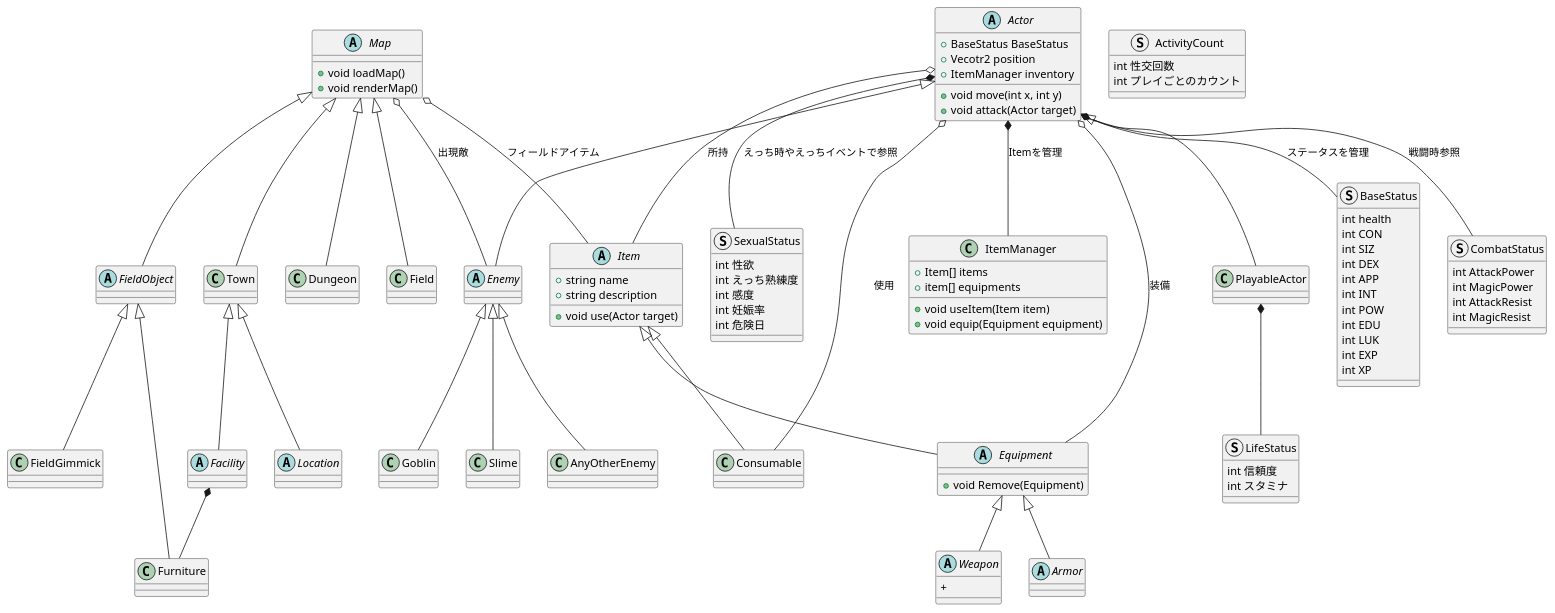
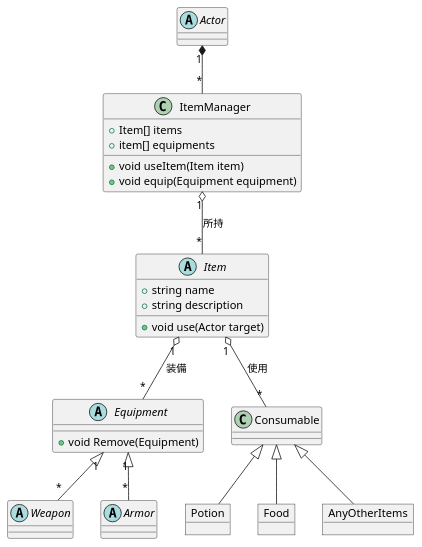
One commit to Yocchi3191/bokensya-chan changed the fourth of 7 diagrams in Documents/SystemDesign.pu. Above: the diagram before and after it, drawn with PlantUML. The commit also changed other lines of this file and 14 other files, not shown here.

```diff
--- a/Documents/SystemDesign.pu
+++ b/Documents/SystemDesign.pu
@@ -1,165 +120,55 @@
-@startuml
+@startuml Item
 ' ==============================
-' クラス
+' アイテム関連
 ' ==============================
-' ------------------------------
-' プレイヤーと敵
-' ------------------------------
-abstract Actor{
-	+ BaseStatus BaseStatus
-	+ Vecotr2 position
-	+ ItemManager inventory
-	+ void move(int x, int y)
-	+ void attack(Actor target)
-}
-class PlayableActor{
-}
-abstract Enemy{}
-' --- 基礎ステータス ---
-struct BaseStatus{
-	int health
-	' TRPGっぽいステータス構成
-	' 体力
-	int CON
-	' 体格
-	int SIZ
-	' 敏捷
-	int DEX
-	' 魅力
-	int APP
-	' 知力
-	int INT
-	' 精神力
-	int POW
-	' 教養
-	int EDU
-	' 幸運
-	int LUK
-	' 自分が持ってる経験値
-	int EXP
-	' 倒した相手に与える経験値
-	int XP
-}
-' --- 戦闘ステータス ---
-struct CombatStatus{
-	int AttackPower
-	int MagicPower
-	int AttackResist
-	int MagicResist
-}
-' --- 生活ステータス ---
-struct LifeStatus{
-	int 信頼度
-	int スタミナ
-}
-' --- エロステ ---
-struct SexualStatus{
-	int 性欲
-	int えっち熟練度
-	int 感度
-	int 妊娠率
-	int 危険日
-}
-struct ActivityCount{
-	int 性交回数
-	int プレイごとのカウント
-}
-
-' ------------------------------
-' アイテム
-' ------------------------------
 class ItemManager{
 	+ Item[] items
 	+ item[] equipments
 	+ void useItem(Item item)
 	+ void equip(Equipment equipment)
 }
 abstract Item{
 	+ string name
 	+ string description
 	+ void use(Actor target)
 }
 abstract Equipment{
 	+ void Remove(Equipment)
 }
 ' 着脱機能
 ' 呪いの装備とかは「何もしないRemove」で実装する
-abstract Weapon{
-	+
-}
-abstract Armor{}
-
-' ------------------------------
-' ワールド
-' ------------------------------
-abstract Map{
-	+ void loadMap()
-	+ void renderMap()
-}
-abstract FieldObject{}
-abstract Facility{}
-abstract Location{}
-
-' ==============================
-' 関係
-' ==============================
-' ------------------------------
-' Actor
-' ------------------------------
-Actor <|-- PlayableActor
-Actor <|-- Enemy
-Actor *-- ItemManager : Itemを管理
-Actor *-- BaseStatus : ステータスを管理
-Actor *-- CombatStatus : 戦闘時参照
-Actor *-- SexualStatus : えっち時やえっちイベントで参照
-PlayableActor *-- LifeStatus
-
-' ------------------------------
-' Enemy
-' ------------------------------
-Enemy <|-- Goblin
-Enemy <|-- Slime
-Enemy <|-- AnyOtherEnemy
-
-' ------------------------------
-' Map
-' ------------------------------
-Map <|-- Town
-Map <|-- Dungeon
-Map <|-- Field
-Map <|-- FieldObject
-' --- Mapと他のクラス ---
-Map o-- Enemy : 出現敵
-Map o-- Item : フィールドアイテム
-
-' ------------------------------
-' FieldObject
-' ------------------------------
-FieldObject <|-- FieldGimmick
-FieldObject <|-- Furniture
-
-' ------------------------------
-' Town
-' ------------------------------
-Town <|-- Location
-Town <|-- Facility
-' --- 屋内 ---
-Facility *-- Furniture
+abstract Weapon
+abstract Armor
+abstract Actor
 
 ' ------------------------------
 ' Item
 ' ------------------------------
-Item <|-- Equipment
-Item <|-- Consumable
-' --- Equipment ---
-Equipment <|-- Weapon
-Equipment <|-- Armor
+Item "1" o-- "*" Equipment : 装備
+Item "1" o-- "*" Consumable : 使用
 
 ' ------------------------------
-' Actor
+' Equipment
 ' ------------------------------
-Actor o-- Item : 所持
-Actor o-- Equipment : 装備
-Actor o-- Consumable : 使用
+Equipment "1" <|-- "*" Weapon
+Equipment "1" <|-- "*" Armor
+
+Actor "1" *-- "*" ItemManager
+
+' ------------------------------
+' ItemManagerとItem
+' ------------------------------
+ItemManager "1" o-- "*" Item : 所持
+
+' ------------------------------
+' Consumable
+' ------------------------------
+object Potion
+object Food
+object AnyOtherItems
+
+Consumable <|-- Potion
+Consumable <|-- Food
+Consumable <|-- AnyOtherItems
 
 @enduml
```
